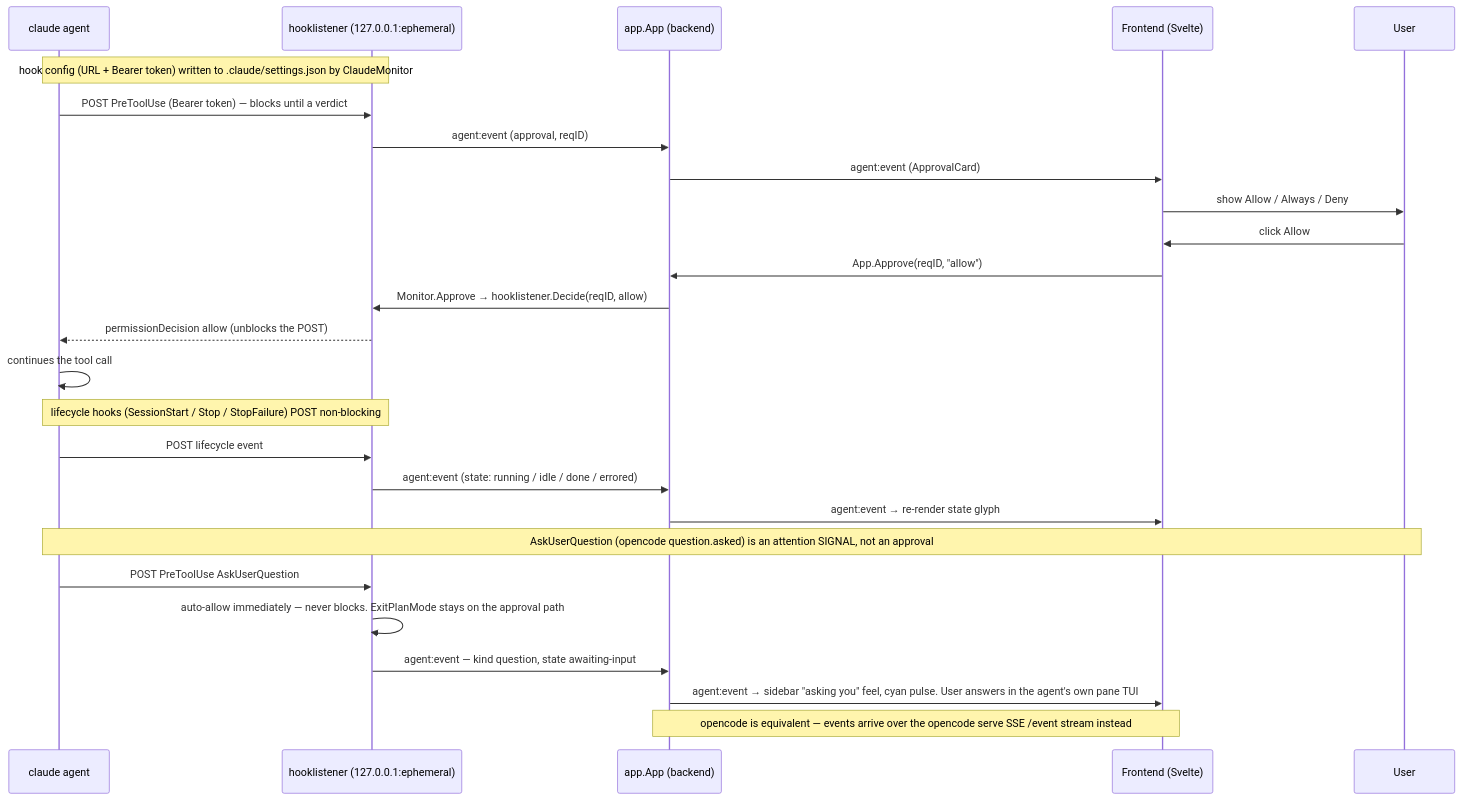
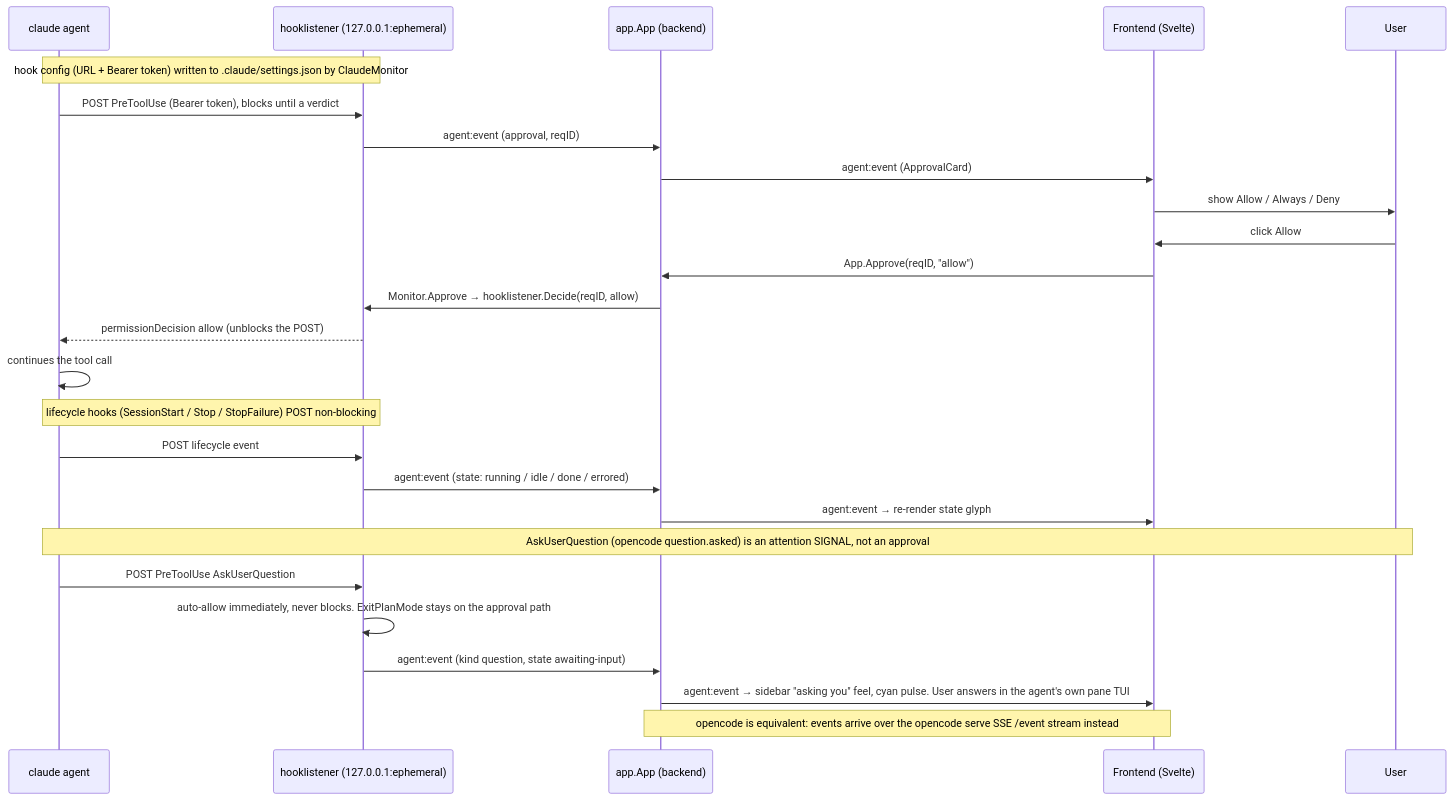
One commit to miniature-pug/perch changed the diagram in docs/diagrams/status-sequence.mmd. Above: the diagram before and after it, drawn with Mermaid. The commit also changed 26 other files, not shown here.

```diff
--- a/docs/diagrams/status-sequence.mmd
+++ b/docs/diagrams/status-sequence.mmd
@@ -1,32 +1,32 @@
 sequenceDiagram
     participant Agent as claude agent
     participant HL as hooklistener (127.0.0.1:ephemeral)
     participant App as app.App (backend)
     participant FE as Frontend (Svelte)
     participant User as User
 
     Note over Agent,HL: hook config (URL + Bearer token) written to .claude/settings.json by ClaudeMonitor
 
-    Agent->>HL: POST PreToolUse (Bearer token) — blocks until a verdict
+    Agent->>HL: POST PreToolUse (Bearer token), blocks until a verdict
     HL->>App: agent:event (approval, reqID)
     App->>FE: agent:event (ApprovalCard)
     FE->>User: show Allow / Always / Deny
 
     User->>FE: click Allow
     FE->>App: App.Approve(reqID, "allow")
     App->>HL: Monitor.Approve → hooklistener.Decide(reqID, allow)
     HL-->>Agent: permissionDecision allow (unblocks the POST)
     Agent->>Agent: continues the tool call
 
     Note over Agent,HL: lifecycle hooks (SessionStart / Stop / StopFailure) POST non-blocking
     Agent->>HL: POST lifecycle event
     HL->>App: agent:event (state: running / idle / done / errored)
     App->>FE: agent:event → re-render state glyph
 
     Note over Agent,User: AskUserQuestion (opencode question.asked) is an attention SIGNAL, not an approval
     Agent->>HL: POST PreToolUse AskUserQuestion
-    HL->>HL: auto-allow immediately — never blocks. ExitPlanMode stays on the approval path
-    HL->>App: agent:event — kind question, state awaiting-input
+    HL->>HL: auto-allow immediately, never blocks. ExitPlanMode stays on the approval path
+    HL->>App: agent:event (kind question, state awaiting-input)
     App->>FE: agent:event → sidebar "asking you" feel, cyan pulse. User answers in the agent's own pane TUI
 
-    Note over App,FE: opencode is equivalent — events arrive over the opencode serve SSE /event stream instead
+    Note over App,FE: opencode is equivalent: events arrive over the opencode serve SSE /event stream instead
```
